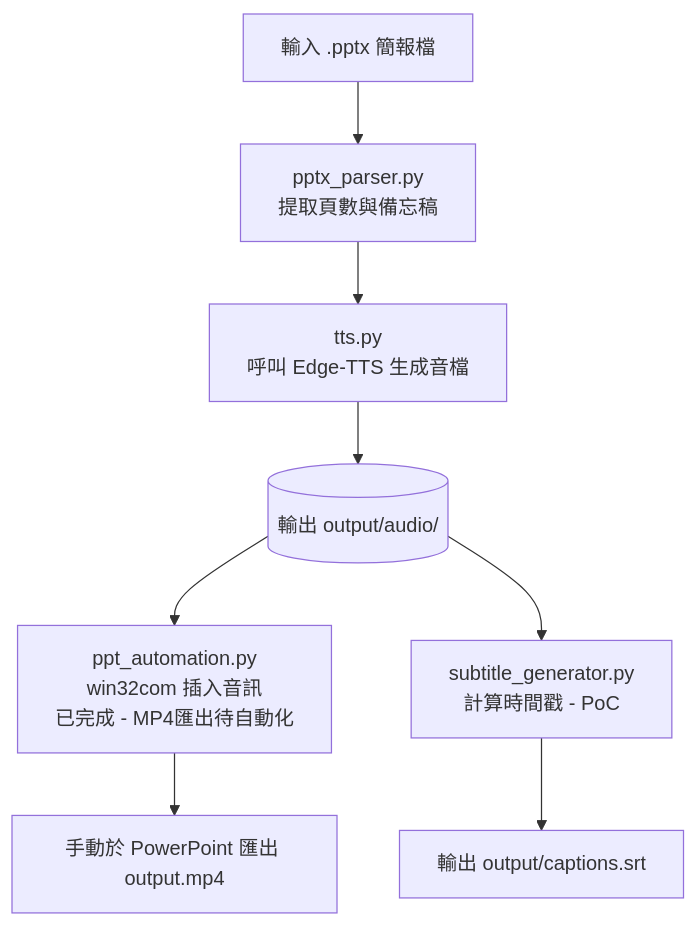
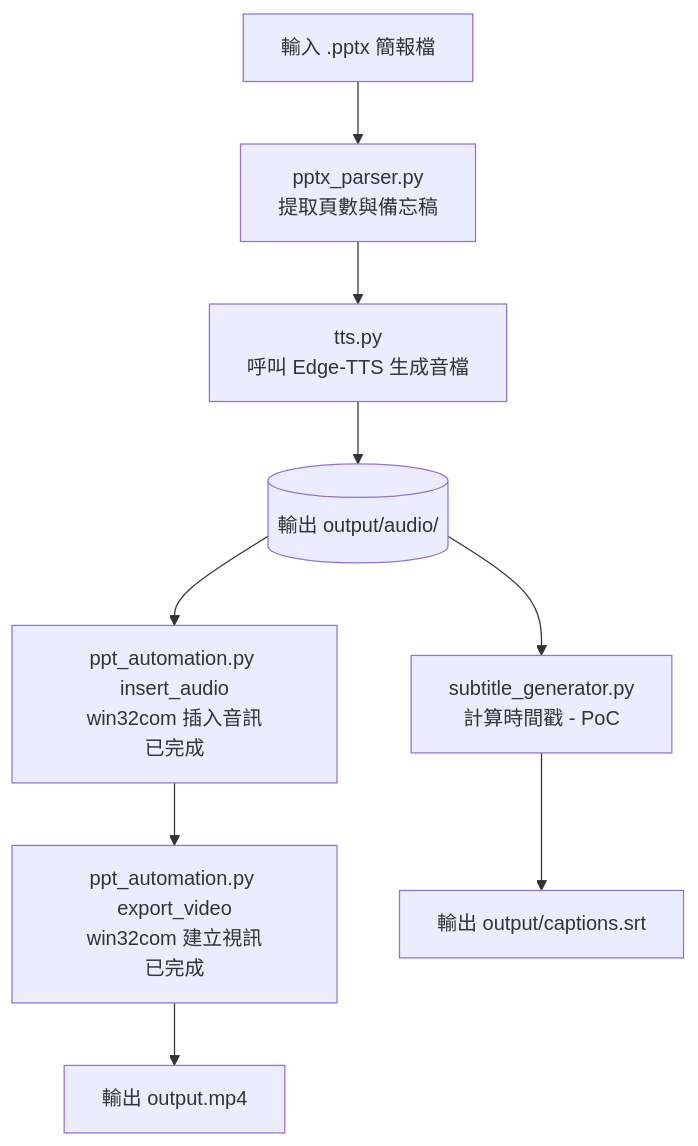
The diagram in README.md (shuanhao/pptx2video), drawn with Mermaid before and after one commit. The commit also changed other lines of this file and 3 other files, not shown here.

Commit message:
docs: update docs for v0.3.0, clarify insert-audio/export-video usage

````diff
--- a/README.md
+++ b/README.md
@@ -278,12 +320,13 @@
 ```mermaid
 graph TD
     A[輸入 .pptx 簡報檔] --> B[pptx_parser.py<br>提取頁數與備忘稿]
     B --> C[tts.py<br>呼叫 Edge-TTS 生成音檔]
     C --> D[(輸出 output/audio/)]
 
-    D --> E[ppt_automation.py<br>win32com 插入音訊<br>已完成 - MP4匯出待自動化]
+    D --> E[ppt_automation.py insert_audio<br>win32com 插入音訊<br>已完成]
     D --> F[subtitle_generator.py<br>計算時間戳 - PoC]
 
-    E --> G[手動於 PowerPoint 匯出 output.mp4]
+    E --> G[ppt_automation.py export_video<br>win32com 建立視訊<br>已完成]
+    G --> I[輸出 output.mp4]
     F --> H[輸出 output/captions.srt]
 ```
````
